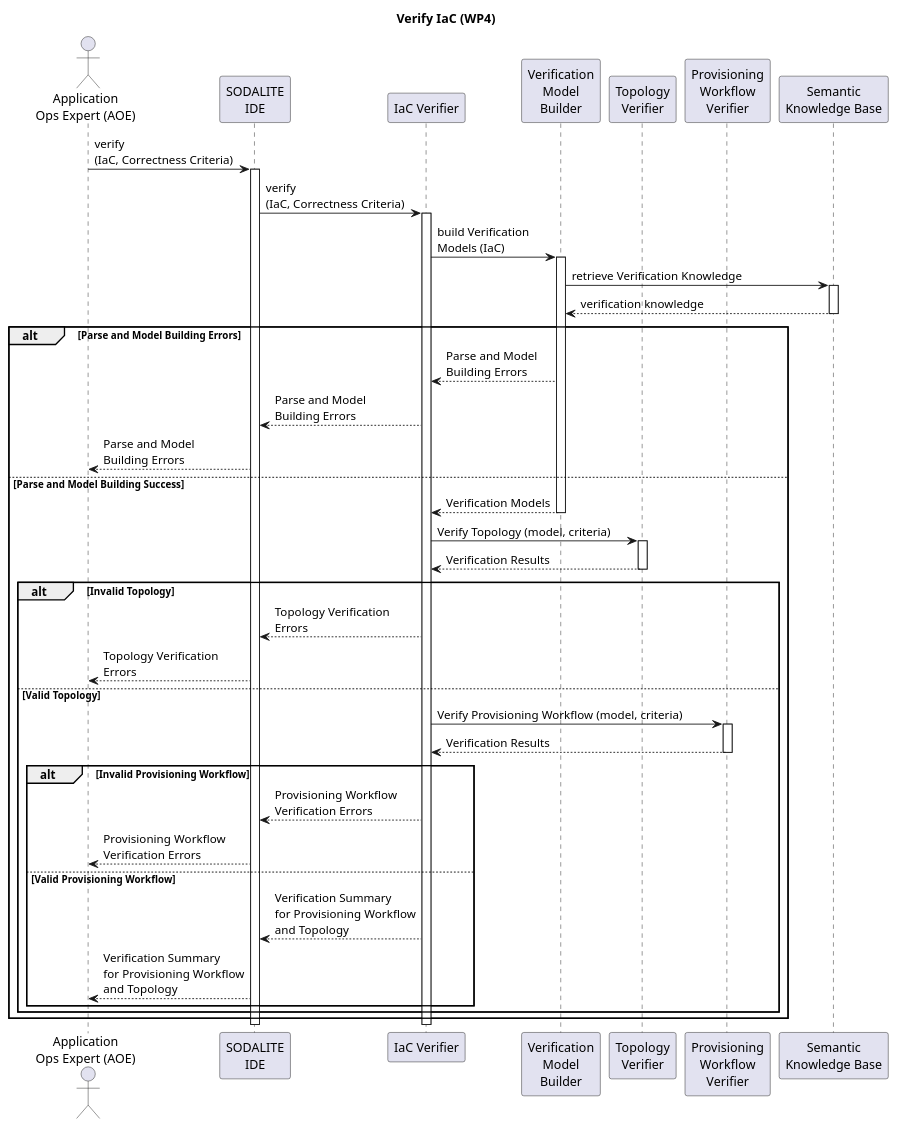
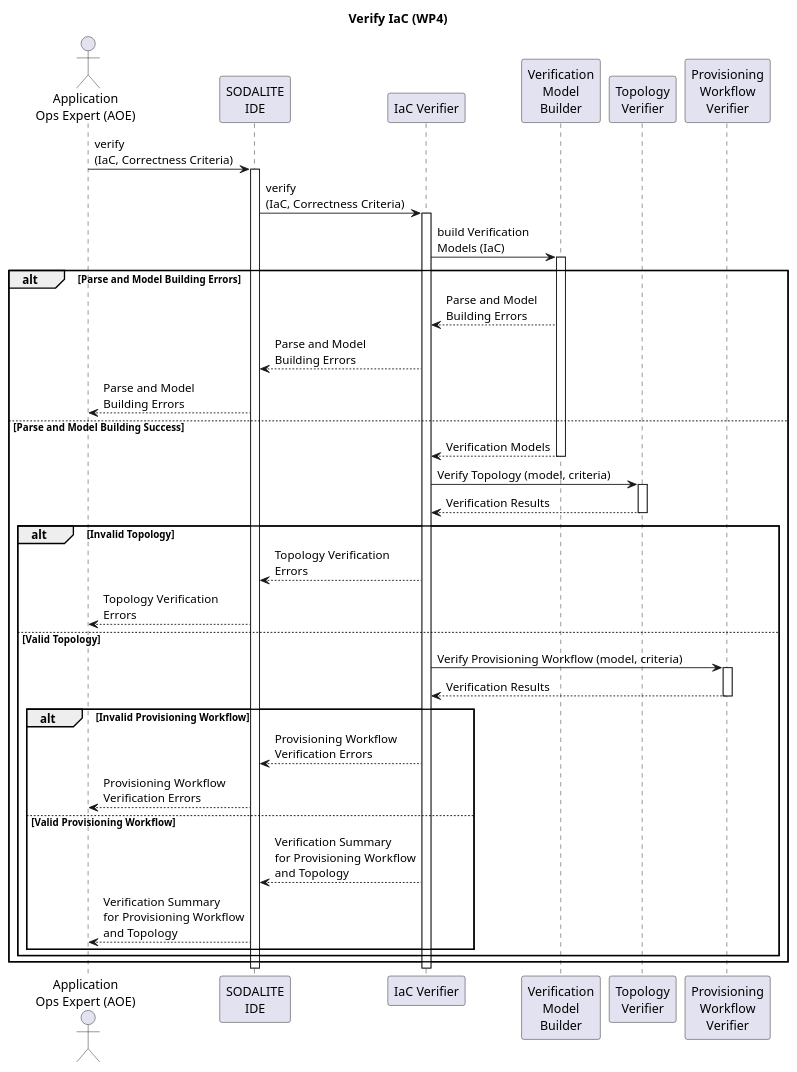
The diagram in uml/sequence-diagrams/UC-04-VerifyIaC-WP4.puml (SODALITE-EU/project-wide-documentation), drawn with PlantUML before and after one commit.

Commit message:
Update UC-04-VerifyIaC-WP4.puml
Updated UC 04

```diff
--- a/uml/sequence-diagrams/UC-04-VerifyIaC-WP4.puml
+++ b/uml/sequence-diagrams/UC-04-VerifyIaC-WP4.puml
@@ -1,54 +1,50 @@
 @startuml
 
 title Verify IaC (WP4)
 
 actor "Application\nOps Expert (AOE)" as ops
 participant "SODALITE\nIDE" as sic
 participant "IaC Verifier" as soda
 participant "Verification\nModel\nBuilder" as vmb
 participant "Topology\nVerifier" as tv
 participant "Provisioning\nWorkflow\nVerifier" as pwv
-participant "Semantic\nKnowledge Base" as kb
+
 
 ops->sic: verify\n(IaC, Correctness Criteria)
 activate sic
 sic->soda: verify\n(IaC, Correctness Criteria)
 activate soda
 soda -> vmb: build Verification\nModels (IaC)
 activate vmb
-vmb -> kb: retrieve Verification Knowledge
-activate kb
-kb --> vmb: verification knowledge
-deactivate kb
 alt Parse and Model Building Errors
     vmb --> soda: Parse and Model\nBuilding Errors
     soda --> sic: Parse and Model\nBuilding Errors
     sic --> ops: Parse and Model\nBuilding Errors
 else  Parse and Model Building Success
     vmb --> soda: Verification Models
     deactivate vmb
     soda -> tv: Verify Topology (model, criteria)
     activate tv
     tv --> soda: Verification Results
     deactivate tv
     alt Invalid Topology
         soda --> sic: Topology Verification\nErrors
         sic --> ops: Topology Verification\nErrors
     else Valid Topology
         soda -> pwv: Verify Provisioning Workflow (model, criteria)
         activate pwv
         pwv --> soda: Verification Results
         deactivate pwv
         alt Invalid Provisioning Workflow
             soda --> sic: Provisioning Workflow\nVerification Errors
             sic --> ops: Provisioning Workflow\nVerification Errors
         else  Valid Provisioning Workflow
             soda --> sic: Verification Summary\nfor Provisioning Workflow\nand Topology
             sic --> ops: Verification Summary\nfor Provisioning Workflow\nand Topology
         end
     end
 end
 
 deactivate soda
 deactivate sic
 @enduml
```
